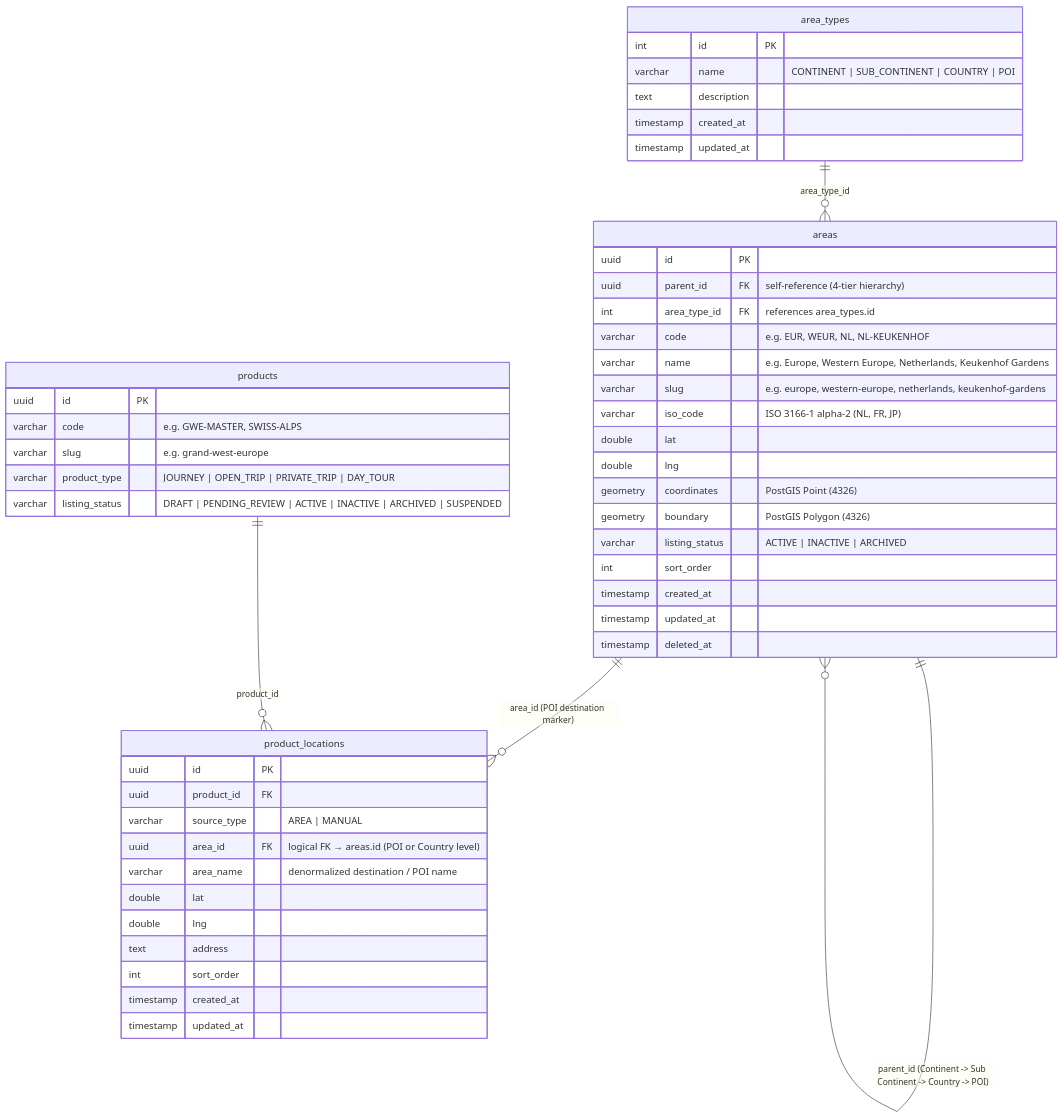
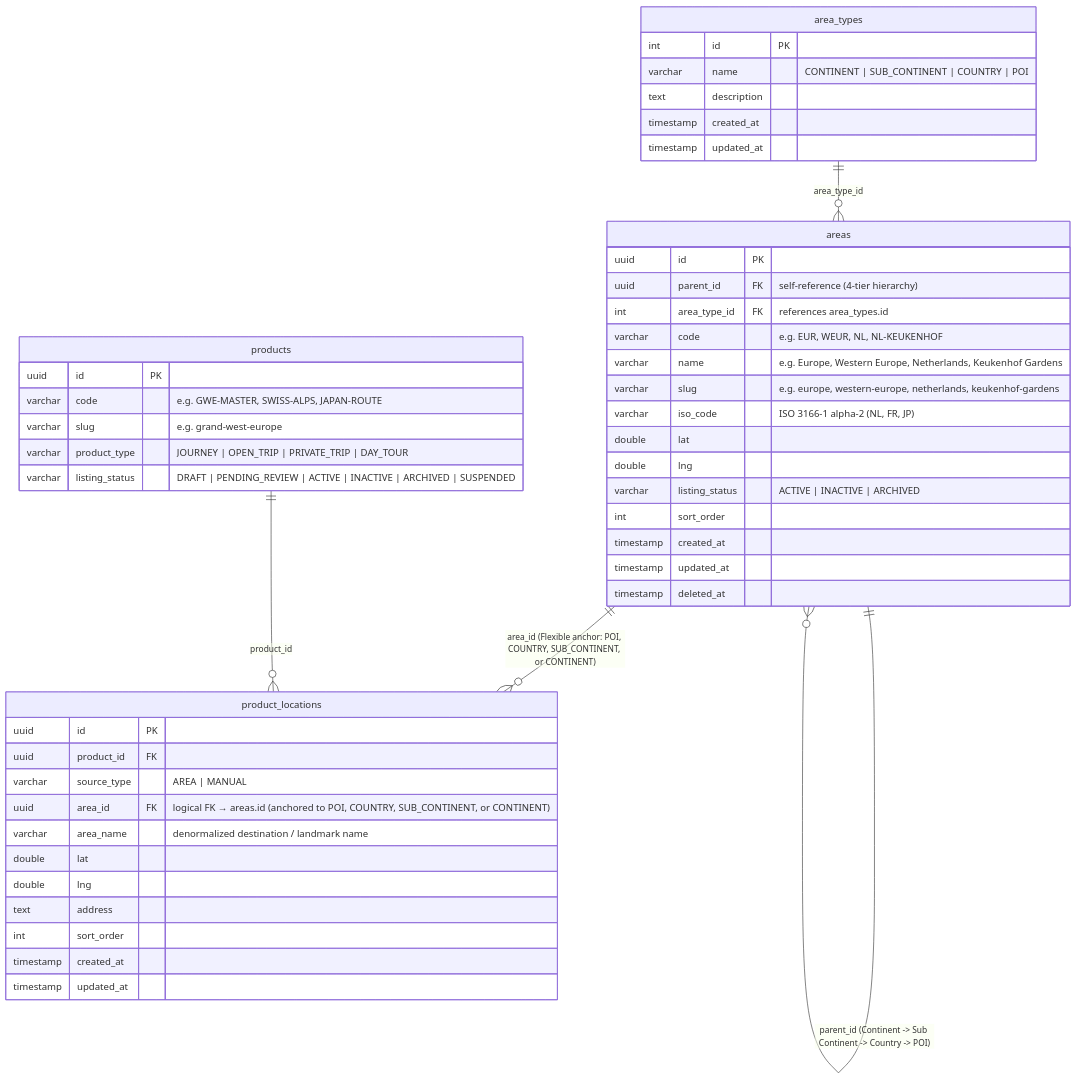
One commit to Haris-saifudin/hobiholidays-documentations changed the first of 3 diagrams in technical/area-technical-design.md. Above: the diagram before and after it, drawn with Mermaid. The commit also changed other lines of this file and 15 other files, not shown here.

First line of the commit message:
refactor(catalog): streamline ATW integration, decouple PostGIS & booking locks, enforce flat hierarchy

````diff
--- a/technical/area-technical-design.md
+++ b/technical/area-technical-design.md
@@ -125,56 +133,54 @@
 ```mermaid
 erDiagram
     area_types ||--o{ areas : "area_type_id"
     areas ||--o{ areas : "parent_id (Continent -> Sub Continent -> Country -> POI)"
-    areas ||--o{ product_locations : "area_id (POI destination marker)"
+    areas ||--o{ product_locations : "area_id (Flexible anchor: POI, COUNTRY, SUB_CONTINENT, or CONTINENT)"
     products ||--o{ product_locations : "product_id"
 
     area_types {
         int       id           PK
         varchar   name         "CONTINENT | SUB_CONTINENT | COUNTRY | POI"
         text      description
         timestamp created_at
         timestamp updated_at
     }
 
     areas {
         uuid      id             PK
         uuid      parent_id      FK "self-reference (4-tier hierarchy)"
         int       area_type_id   FK "references area_types.id"
         varchar   code           "e.g. EUR, WEUR, NL, NL-KEUKENHOF"
         varchar   name           "e.g. Europe, Western Europe, Netherlands, Keukenhof Gardens"
         varchar   slug           "e.g. europe, western-europe, netherlands, keukenhof-gardens"
         varchar   iso_code       "ISO 3166-1 alpha-2 (NL, FR, JP)"
         double    lat
         double    lng
-        geometry  coordinates    "PostGIS Point (4326)"
-        geometry  boundary       "PostGIS Polygon (4326)"
         varchar   listing_status "ACTIVE | INACTIVE | ARCHIVED"
         int       sort_order
         timestamp created_at
         timestamp updated_at
         timestamp deleted_at
     }
 
     product_locations {
         uuid      id          PK
         uuid      product_id  FK
         varchar   source_type "AREA | MANUAL"
-        uuid      area_id     FK "logical FK → areas.id (POI or Country level)"
-        varchar   area_name   "denormalized destination / POI name"
+        uuid      area_id     FK "logical FK → areas.id (anchored to POI, COUNTRY, SUB_CONTINENT, or CONTINENT)"
+        varchar   area_name   "denormalized destination / landmark name"
         double    lat
         double    lng
         text      address
         int       sort_order
         timestamp created_at
         timestamp updated_at
     }
 
     products {
         uuid      id             PK
-        varchar   code           "e.g. GWE-MASTER, SWISS-ALPS"
+        varchar   code           "e.g. GWE-MASTER, SWISS-ALPS, JAPAN-ROUTE"
         varchar   slug           "e.g. grand-west-europe"
         varchar   product_type   "JOURNEY | OPEN_TRIP | PRIVATE_TRIP | DAY_TOUR"
         varchar   listing_status "DRAFT | PENDING_REVIEW | ACTIVE | INACTIVE | ARCHIVED | SUSPENDED"
     }
 ```
````
